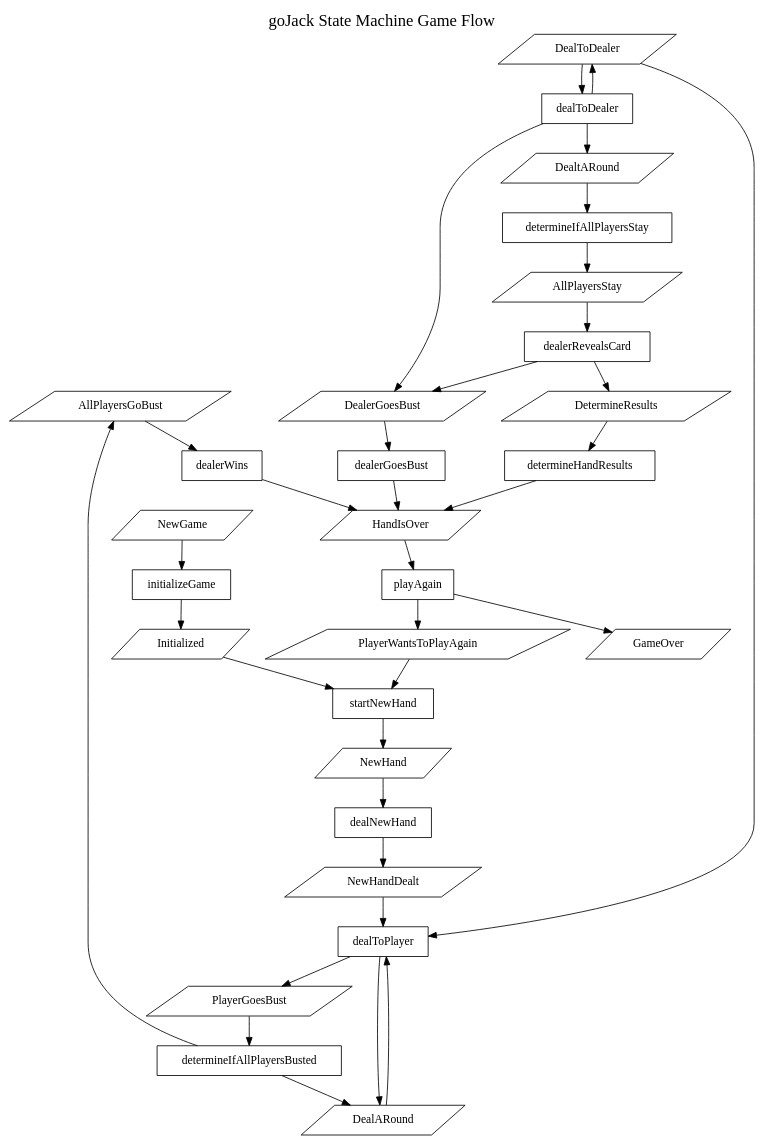
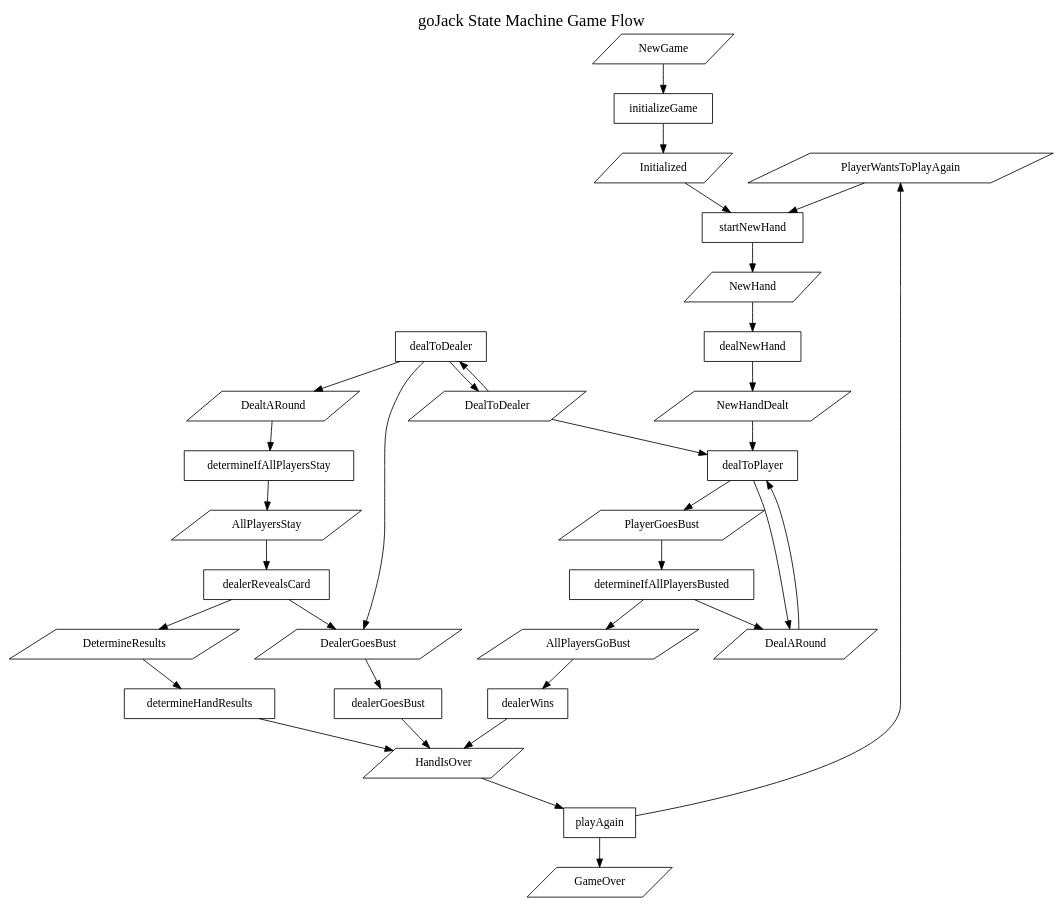
The diagram in state-diagram.dot (matthewapeters/goJack), drawn with Graphviz before and after one commit. The commit also changed 3 other files, not shown here.

```diff
--- a/state-diagram.dot
+++ b/state-diagram.dot
@@ -1,53 +1,54 @@
 
 #
 # This file is created through the execution of graph-game
 # do not edit this file.
 #
 # Copyright (c) Matthew Peters, 2023
 #
 digraph {
     labelloc=t
     fontsize=20
     label="goJack State Machine Game Flow"
+    rankdir="TB"
+    PlayerWantsToPlayAgain [shape="parallelogram"]
+    PlayerGoesBust [shape="parallelogram"]
+    NewHandDealt [shape="parallelogram"]
+    NewHand [shape="parallelogram"]
+    NewGame [shape="parallelogram"]
+    Initialized [shape="parallelogram"]
+    HandIsOver [shape="parallelogram"]
+    GameOver [shape="parallelogram"]
+    DetermineResults [shape="parallelogram"]
+    DealtARound [shape="parallelogram"]
+    DealerGoesBust [shape="parallelogram"]
+    DealToDealer [shape="parallelogram"]
+    DealARound [shape="parallelogram"]
+    AllPlayersStay [shape="parallelogram"]
     AllPlayersGoBust [shape="parallelogram"]
-    AllPlayersStay [shape="parallelogram"]
-    DealARound [shape="parallelogram"]
-    DealToDealer [shape="parallelogram"]
-    DealerGoesBust [shape="parallelogram"]
-    DealtARound [shape="parallelogram"]
-    DetermineResults [shape="parallelogram"]
-    GameOver [shape="parallelogram"]
-    HandIsOver [shape="parallelogram"]
-    Initialized [shape="parallelogram"]
-    NewGame [shape="parallelogram"]
-    NewHand [shape="parallelogram"]
-    NewHandDealt [shape="parallelogram"]
-    PlayerGoesBust [shape="parallelogram"]
-    PlayerWantsToPlayAgain [shape="parallelogram"]
 
     playAgain [shape="box"]
     determineHandResults [shape="box"]
     dealerWins [shape="box"]
     dealerGoesBust [shape="box"]
     dealerRevealsCard [shape="box"]
     determineIfAllPlayersBusted [shape="box"]
     determineIfAllPlayersStay [shape="box"]
     dealToDealer [shape="box"]
     dealToPlayer [shape="box"]
     dealNewHand [shape="box"]
     startNewHand [shape="box"]
     initializeGame [shape="box"]
 
     { HandIsOver } -> playAgain -> { PlayerWantsToPlayAgain GameOver }
     { DetermineResults } -> determineHandResults -> { HandIsOver }
     { AllPlayersGoBust } -> dealerWins -> { HandIsOver }
     { DealerGoesBust } -> dealerGoesBust -> { HandIsOver }
     { AllPlayersStay } -> dealerRevealsCard -> { DetermineResults DealerGoesBust }
     { PlayerGoesBust } -> determineIfAllPlayersBusted -> { DealARound AllPlayersGoBust }
     { DealtARound } -> determineIfAllPlayersStay -> { AllPlayersStay }
     { DealToDealer } -> dealToDealer -> { DealToDealer DealtARound DealerGoesBust }
     { DealARound DealToDealer NewHandDealt } -> dealToPlayer -> { DealARound PlayerGoesBust }
     { NewHand } -> dealNewHand -> { NewHandDealt }
     { Initialized PlayerWantsToPlayAgain } -> startNewHand -> { NewHand }
     { NewGame } -> initializeGame -> { Initialized }
 }
```
